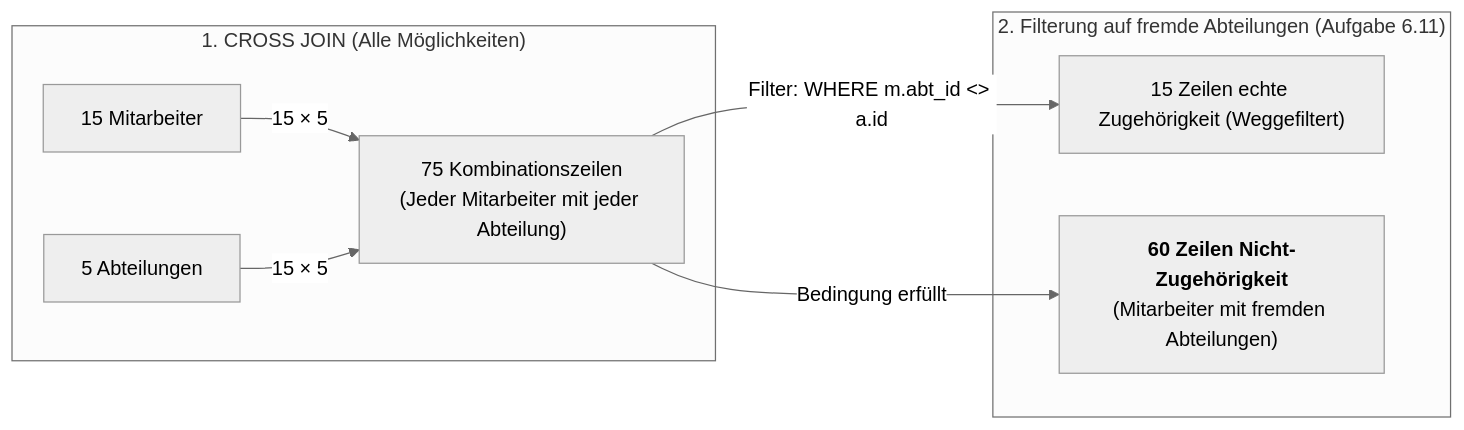
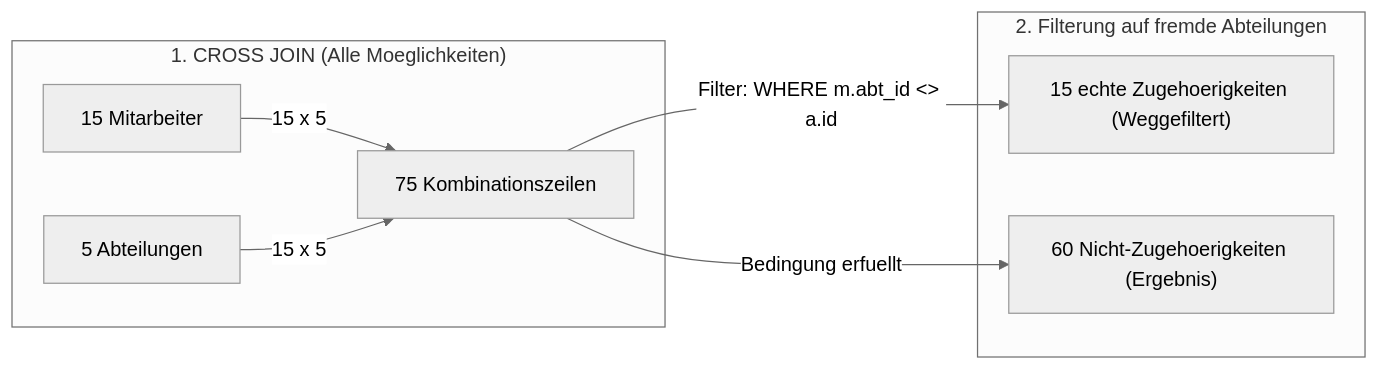
Before and after one commit to T-Boyke/SQL-Fundamentals: the second of 5 diagrams in Day_16/readme.md, drawn with Mermaid (neutral theme). The commit also changed other lines of this file, not shown here.

Commit message:
fix(day16): sanitize mermaid diagrams syntax by removing html tags and complex classes for universal rendering

````diff
--- a/Day_16/readme.md
+++ b/Day_16/readme.md
@@ -73,12 +68,12 @@
 ```mermaid
 flowchart LR
-    subgraph Multiplikation["1. CROSS JOIN (Alle Möglichkeiten)"]
-        M15["15 Mitarbeiter"] -->|"15 × 5"| RES75["75 Kombinationszeilen<br/>(Jeder Mitarbeiter mit jeder Abteilung)"]
-        A5["5 Abteilungen"] -->|"15 × 5"| RES75
+    subgraph Multiplikation["1. CROSS JOIN (Alle Moeglichkeiten)"]
+        M15["15 Mitarbeiter"] -->|"15 x 5"| RES75["75 Kombinationszeilen"]
+        A5["5 Abteilungen"] -->|"15 x 5"| RES75
     end
 
-    subgraph Filterung["2. Filterung auf fremde Abteilungen (Aufgabe 6.11)"]
-        RES75 -->|"Filter: WHERE m.abt_id <> a.id"| MATCH15["15 Zeilen echte Zugehörigkeit (Weggefiltert)"]
-        RES75 -->|"Bedingung erfüllt"| NONMATCH60["<b>60 Zeilen Nicht-Zugehörigkeit</b><br/>(Mitarbeiter mit fremden Abteilungen)"]
+    subgraph Filterung["2. Filterung auf fremde Abteilungen"]
+        RES75 -->|"Filter: WHERE m.abt_id <> a.id"| MATCH15["15 echte Zugehoerigkeiten (Weggefiltert)"]
+        RES75 -->|"Bedingung erfuellt"| NONMATCH60["60 Nicht-Zugehoerigkeiten (Ergebnis)"]
     end
 ```
````
